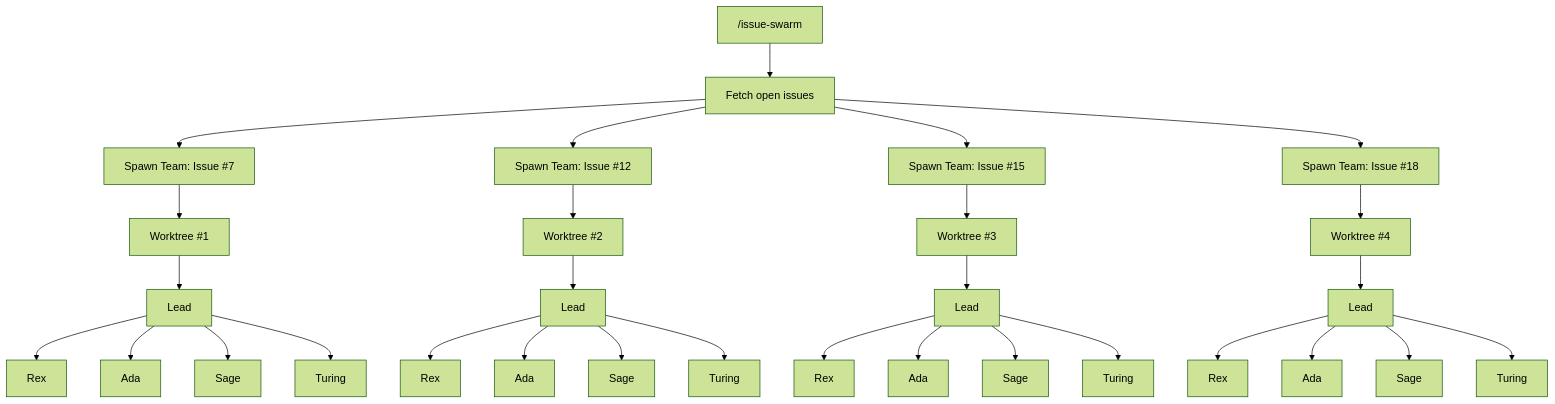
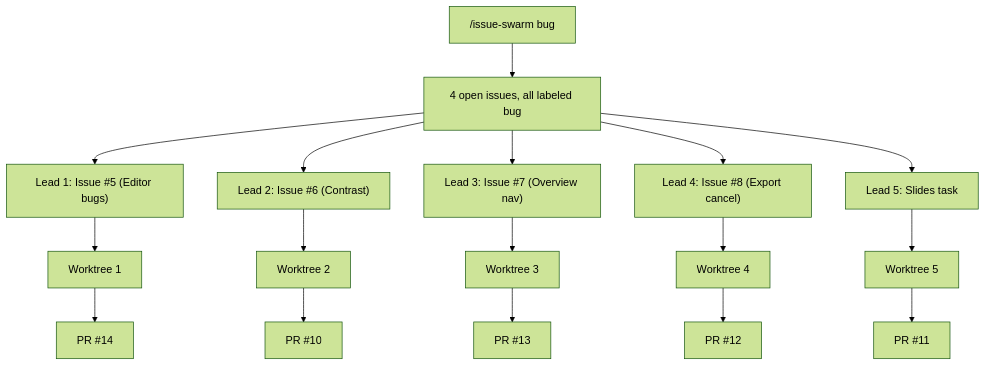
Before and after one commit to dulvac/marko-pollo: the sixth of 8 diagrams in presentations/agentic-development/slides.md, drawn with Mermaid (forest theme). The commit also changed other lines of this file, not shown here.

First line of the commit message:
feat: replace generic issue swarm slides with real session data

````diff
--- a/presentations/agentic-development/slides.md
+++ b/presentations/agentic-development/slides.md
@@ -331,18 +328,15 @@
 ```mermaid
 flowchart TD
-    CMD["/issue-swarm"] --> FETCH[Fetch open issues]
-    FETCH --> S1[Spawn Team: Issue #7]
-    FETCH --> S2[Spawn Team: Issue #12]
-    FETCH --> S3[Spawn Team: Issue #15]
-    FETCH --> S4[Spawn Team: Issue #18]
+    CMD["/issue-swarm bug"] --> FETCH["4 open issues, all labeled bug"]
+    FETCH --> S1["Lead 1: Issue #5 (Editor bugs)"]
+    FETCH --> S2["Lead 2: Issue #6 (Contrast)"]
+    FETCH --> S3["Lead 3: Issue #7 (Overview nav)"]
+    FETCH --> S4["Lead 4: Issue #8 (Export cancel)"]
+    FETCH --> S5["Lead 5: Slides task"]
 
-    S1 --> W1[Worktree #1]
-    S2 --> W2[Worktree #2]
-    S3 --> W3[Worktree #3]
-    S4 --> W4[Worktree #4]
-
-    W1 --> L1[Lead] --> R1[Rex] & A1[Ada] & Sa1[Sage] & T1[Turing]
-    W2 --> L2[Lead] --> R2[Rex] & A2[Ada] & Sa2[Sage] & T2[Turing]
-    W3 --> L3[Lead] --> R3[Rex] & A3[Ada] & Sa3[Sage] & T3[Turing]
-    W4 --> L4[Lead] --> R4[Rex] & A4[Ada] & Sa4[Sage] & T4[Turing]
+    S1 --> W1["Worktree 1"] --> PR1["PR #14"]
+    S2 --> W2["Worktree 2"] --> PR2["PR #10"]
+    S3 --> W3["Worktree 3"] --> PR3["PR #13"]
+    S4 --> W4["Worktree 4"] --> PR4["PR #12"]
+    S5 --> W5["Worktree 5"] --> PR5["PR #11"]
 ```
````
